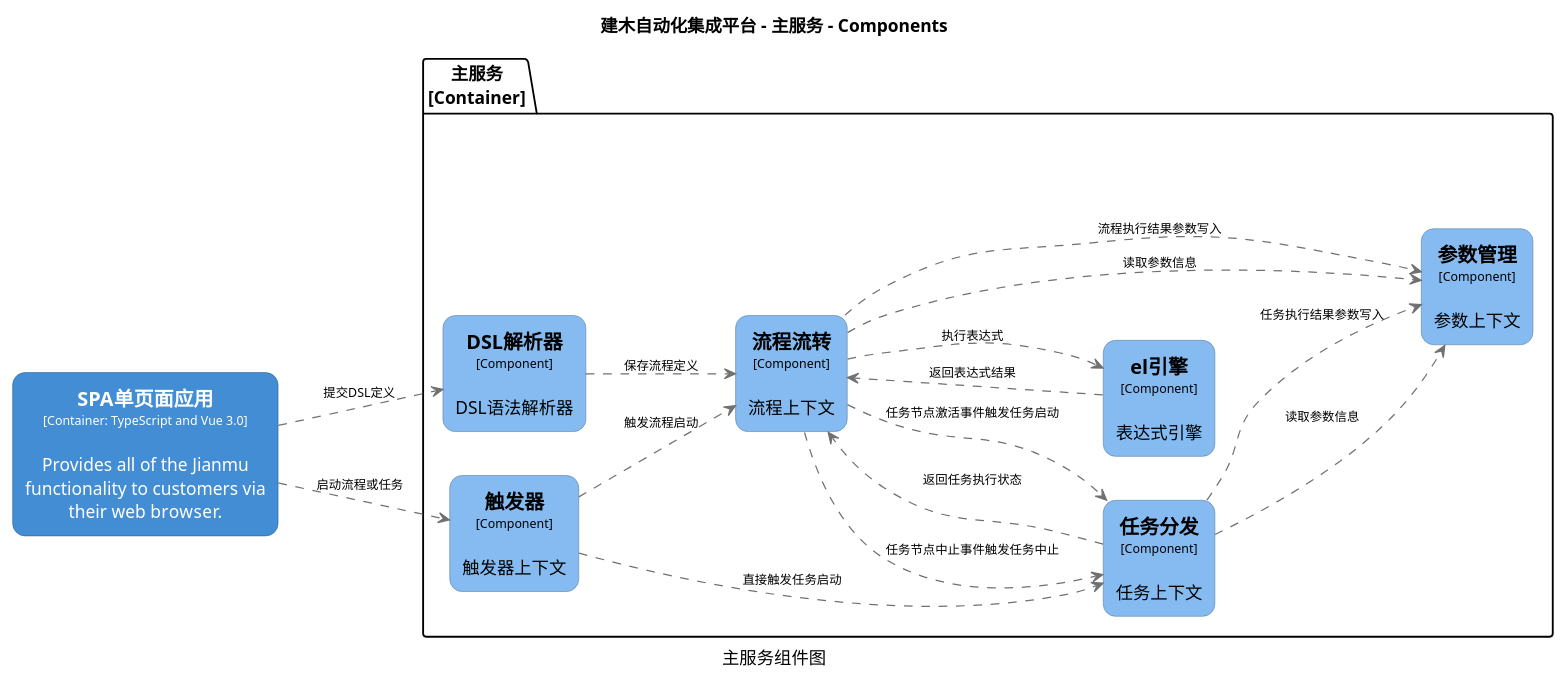
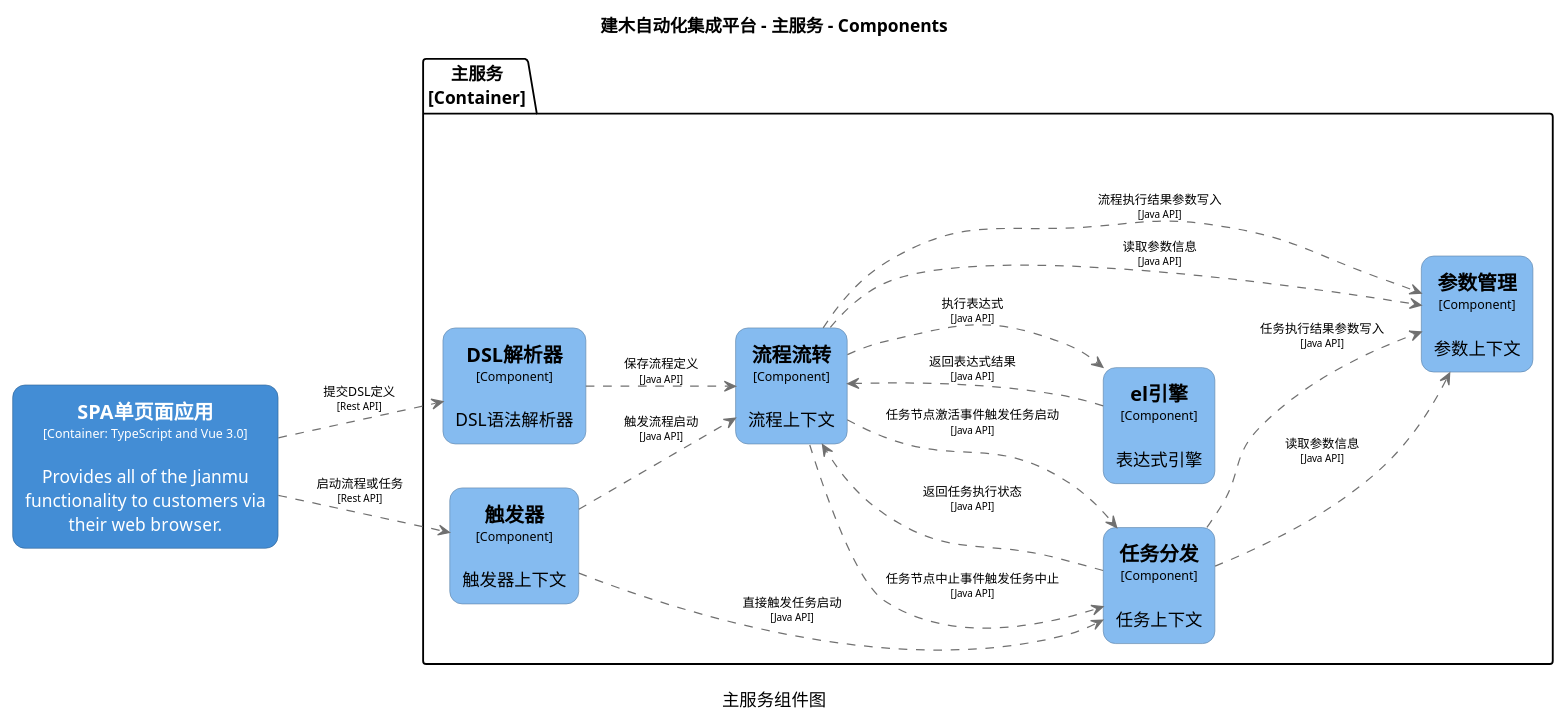
Before and after one commit to jianmu-dev/jianmu-architecture-as-code: the diagram in c4/structurizr-web-component.puml, drawn with PlantUML. The commit also changed 8 other files, not shown here.

```diff
--- a/c4/structurizr-web-component.puml
+++ b/c4/structurizr-web-component.puml
@@ -1,79 +1,79 @@
 @startuml(id=web-component)
 title 建木自动化集成平台 - 主服务 - Components
 caption 主服务组件图
 
 skinparam {
   shadowing false
   arrowFontSize 10
   defaultTextAlignment center
   wrapWidth 200
   maxMessageSize 100
 }
 hide stereotype
 left to right direction
 skinparam rectangle<<3>> {
   BackgroundColor #438dd5
   FontColor #ffffff
   BorderColor #2E6295
   roundCorner 20
 }
 skinparam rectangle<<5>> {
   BackgroundColor #85bbf0
   FontColor #000000
   BorderColor #5D82A8
   roundCorner 20
 }
 skinparam rectangle<<6>> {
   BackgroundColor #85bbf0
   FontColor #000000
   BorderColor #5D82A8
   roundCorner 20
 }
 skinparam rectangle<<7>> {
   BackgroundColor #85bbf0
   FontColor #000000
   BorderColor #5D82A8
   roundCorner 20
 }
 skinparam rectangle<<8>> {
   BackgroundColor #85bbf0
   FontColor #000000
   BorderColor #5D82A8
   roundCorner 20
 }
 skinparam rectangle<<9>> {
   BackgroundColor #85bbf0
   FontColor #000000
   BorderColor #5D82A8
   roundCorner 20
 }
 skinparam rectangle<<10>> {
   BackgroundColor #85bbf0
   FontColor #000000
   BorderColor #5D82A8
   roundCorner 20
 }
 rectangle "==SPA单页面应用\n<size:10>[Container: TypeScript and Vue 3.0]</size>\n\nProvides all of the Jianmu functionality to customers via their web browser." <<3>> as 3
 package "主服务\n[Container]" {
   rectangle "==DSL解析器\n<size:10>[Component]</size>\n\nDSL语法解析器" <<5>> as 5
   rectangle "==el引擎\n<size:10>[Component]</size>\n\n表达式引擎" <<8>> as 8
   rectangle "==任务分发\n<size:10>[Component]</size>\n\n任务上下文" <<9>> as 9
   rectangle "==参数管理\n<size:10>[Component]</size>\n\n参数上下文" <<10>> as 10
   rectangle "==流程流转\n<size:10>[Component]</size>\n\n流程上下文" <<7>> as 7
   rectangle "==触发器\n<size:10>[Component]</size>\n\n触发器上下文" <<6>> as 6
 }
-5 .[#707070].> 7 : "保存流程定义"
-3 .[#707070].> 5 : "提交DSL定义"
-3 .[#707070].> 6 : "启动流程或任务"
-8 .[#707070].> 7 : "返回表达式结果"
-9 .[#707070].> 10 : "读取参数信息"
-9 .[#707070].> 10 : "任务执行结果参数写入"
-9 .[#707070].> 7 : "返回任务执行状态"
-7 .[#707070].> 8 : "执行表达式"
-7 .[#707070].> 9 : "任务节点激活事件触发任务启动"
-7 .[#707070].> 9 : "任务节点中止事件触发任务中止"
-7 .[#707070].> 10 : "读取参数信息"
-7 .[#707070].> 10 : "流程执行结果参数写入"
-6 .[#707070].> 9 : "直接触发任务启动"
-6 .[#707070].> 7 : "触发流程启动"
+5 .[#707070].> 7 : "保存流程定义\n<size:8>[Java API]</size>"
+3 .[#707070].> 5 : "提交DSL定义\n<size:8>[Rest API]</size>"
+3 .[#707070].> 6 : "启动流程或任务\n<size:8>[Rest API]</size>"
+8 .[#707070].> 7 : "返回表达式结果\n<size:8>[Java API]</size>"
+9 .[#707070].> 10 : "读取参数信息\n<size:8>[Java API]</size>"
+9 .[#707070].> 10 : "任务执行结果参数写入\n<size:8>[Java API]</size>"
+9 .[#707070].> 7 : "返回任务执行状态\n<size:8>[Java API]</size>"
+7 .[#707070].> 8 : "执行表达式\n<size:8>[Java API]</size>"
+7 .[#707070].> 9 : "任务节点激活事件触发任务启动\n<size:8>[Java API]</size>"
+7 .[#707070].> 9 : "任务节点中止事件触发任务中止\n<size:8>[Java API]</size>"
+7 .[#707070].> 10 : "读取参数信息\n<size:8>[Java API]</size>"
+7 .[#707070].> 10 : "流程执行结果参数写入\n<size:8>[Java API]</size>"
+6 .[#707070].> 9 : "直接触发任务启动\n<size:8>[Java API]</size>"
+6 .[#707070].> 7 : "触发流程启动\n<size:8>[Java API]</size>"
 @enduml
```
